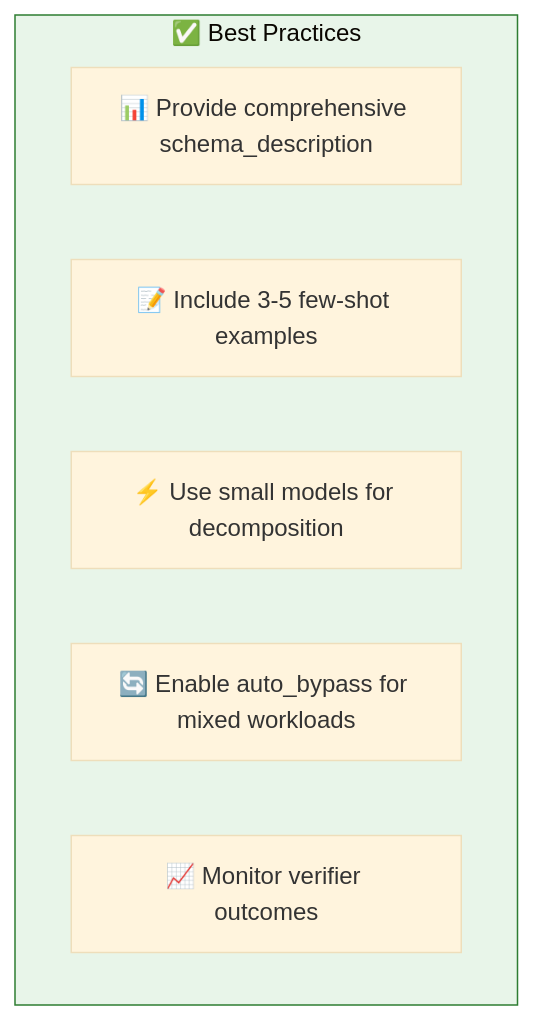
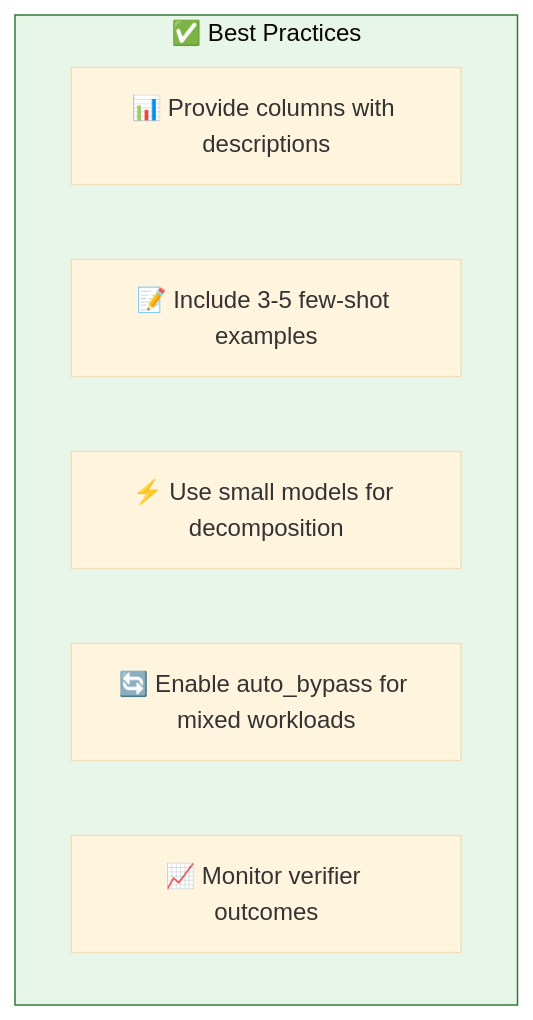
One commit to natefleming/retail-ai changed the ninth of 9 diagrams in config/examples/16_instructed_retriever/README.md. Above: the diagram before and after it, drawn with Mermaid. The commit also changed other lines of this file and 17 other files, not shown here.

````diff
--- a/config/examples/16_instructed_retriever/README.md
+++ b/config/examples/16_instructed_retriever/README.md
@@ -435,13 +440,13 @@
 ```mermaid
 %%{init: {'theme': 'base'}}%%
 graph TB
     subgraph Best["✅ Best Practices"]
-        BP1["📊 Provide comprehensive schema_description"]
+        BP1["📊 Provide columns with descriptions"]
         BP2["📝 Include 3-5 few-shot examples"]
         BP3["⚡ Use small models for decomposition"]
         BP4["🔄 Enable auto_bypass for mixed workloads"]
         BP5["📈 Monitor verifier outcomes"]
     end
 
     style Best fill:#e8f5e9,stroke:#2e7d32
 ```
````
